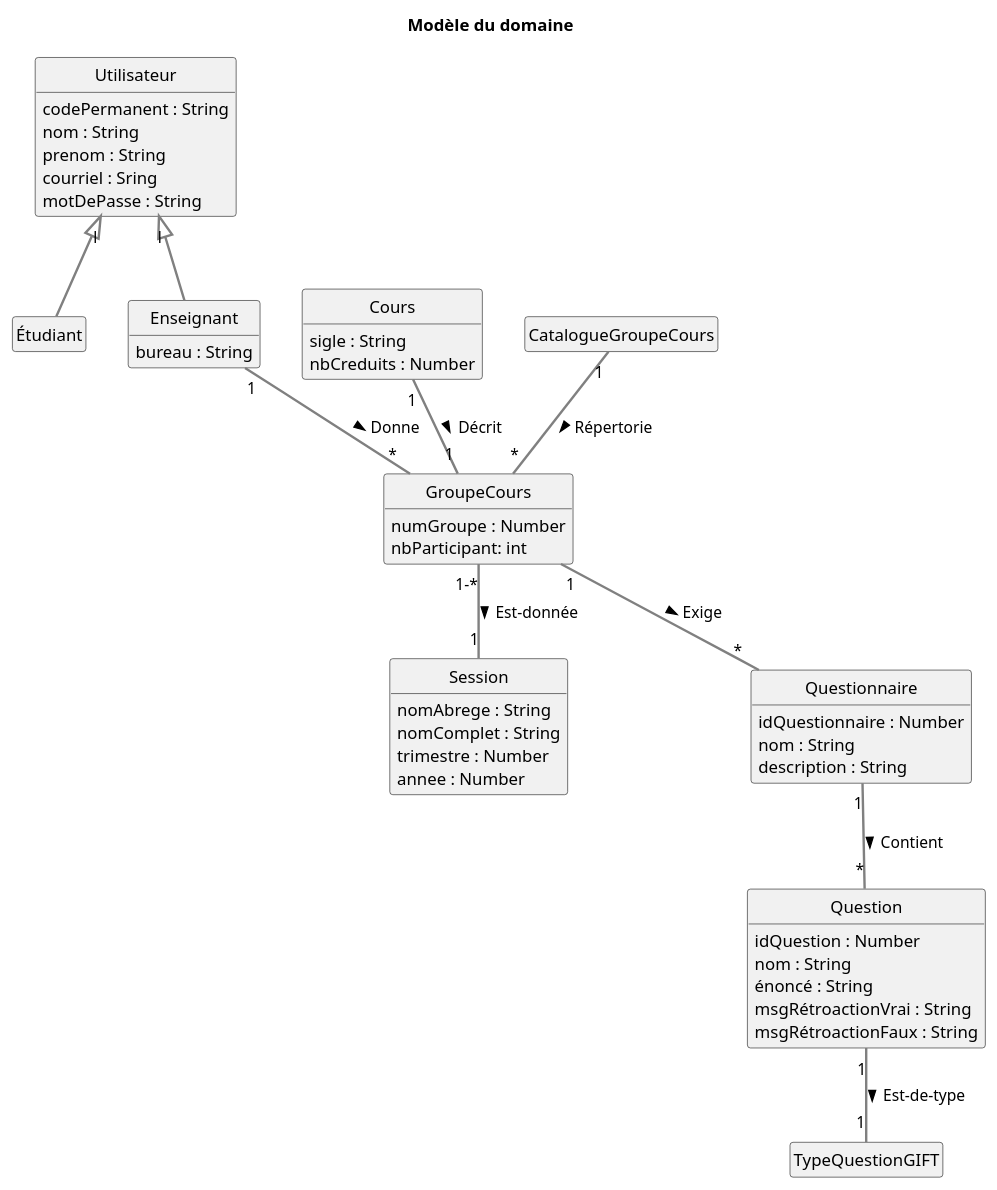
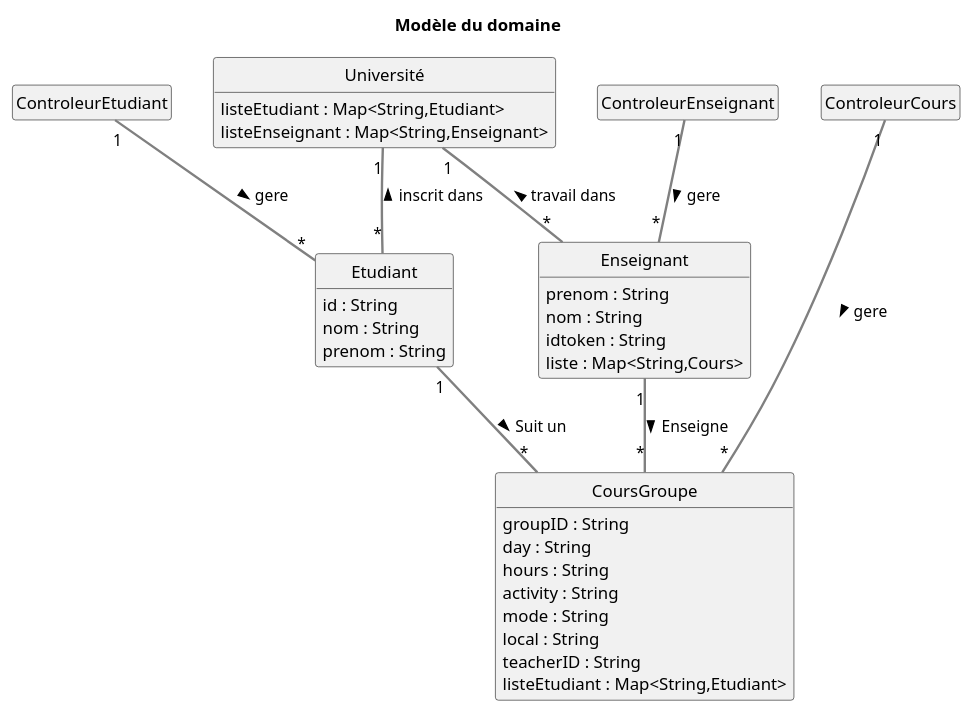
The diagram in docs/modeles/mdd.puml (IshakMegatli1/MoodleCopy), drawn with PlantUML before and after one commit. The commit also changed 17 other files, not shown here.

```diff
--- a/docs/modeles/mdd.puml
+++ b/docs/modeles/mdd.puml
@@ -1,81 +1,70 @@
 @startuml MDD
 skinparam style strictuml
 skinparam ArrowThickness 2
 skinparam ArrowColor #gray
 
 hide empty members
 title Modèle du domaine
 
 together {
 
-  class Utilisateur {
-    codePermanent : String
+  class Etudiant {
+    id : String
     nom : String
     prenom : String
-    courriel : Sring
-    motDePasse : String
   }
-  class Étudiant {
+
+  class ControleurCours {
 
   }
+
+  class ControleurEnseignant {
+
+  }
+
+  class ControleurEtudiant {
+
+  }
+
+  class Université {
+    listeEtudiant : Map<String,Etudiant>
+    listeEnseignant : Map<String,Enseignant>
+  }
   class Enseignant {
-    bureau : String
+    prenom : String
+    nom : String
+    idtoken : String
+    liste : Map<String,Cours>
   }
 
 }
 
-together {
 
-  class CatalogueGroupeCours {}
-
-  class Cours {
-    sigle : String
-    nbCreduits : Number
+  class CoursGroupe {
+    groupID : String
+    day : String
+    hours : String
+    activity : String
+    mode : String
+    local : String
+    teacherID : String
+    listeEtudiant : Map<String,Etudiant>
+    
   }
 
-  class GroupeCours {
-    numGroupe : Number
-    nbParticipant: int
-  }
   
-  class Session {
-    nomAbrege : String 
-    nomComplet : String
-    trimestre : Number 
-    annee : Number
-  }
-  together {
-
-  }
-}
+  
 
 
-together {
-  class Question {
-    idQuestion : Number
-    nom : String
-    énoncé : String
-    msgRétroactionVrai : String
-    msgRétroactionFaux : String
-  }
-  class TypeQuestionGIFT {}
 
-  class Questionnaire {
-    idQuestionnaire : Number
-    nom : String
-    description : String
-  }
-}
 
 ' associations
-Utilisateur  "l" <|-- Étudiant
-Utilisateur "l" <|-- Enseignant 
 
-CatalogueGroupeCours "1" -- "*" GroupeCours :  Répertorie >
-Cours "1" -- "1" GroupeCours : Décrit >
-Enseignant "1" -- "*" GroupeCours : Donne > 
-GroupeCours "1" -- "*" Questionnaire : Exige > 
-GroupeCours "1-*" -- "1" Session : Est-donnée > 
-Questionnaire "1" -- "*" Question : Contient >
-Question "1" -- "1" TypeQuestionGIFT : Est-de-type >
+Enseignant "1" -- "*" CoursGroupe : Enseigne > 
+Etudiant "1" -- "*" CoursGroupe : Suit un >
+Université "1" -- "*" Etudiant : inscrit dans <
+Université "1" -- "*" Enseignant : travail dans <
+ControleurEtudiant "1" -- "*" Etudiant : gere >
+ControleurEnseignant "1" -- "*" Enseignant : gere >
+ControleurCours "1" -- "*" CoursGroupe : gere >
 @enduml
```
